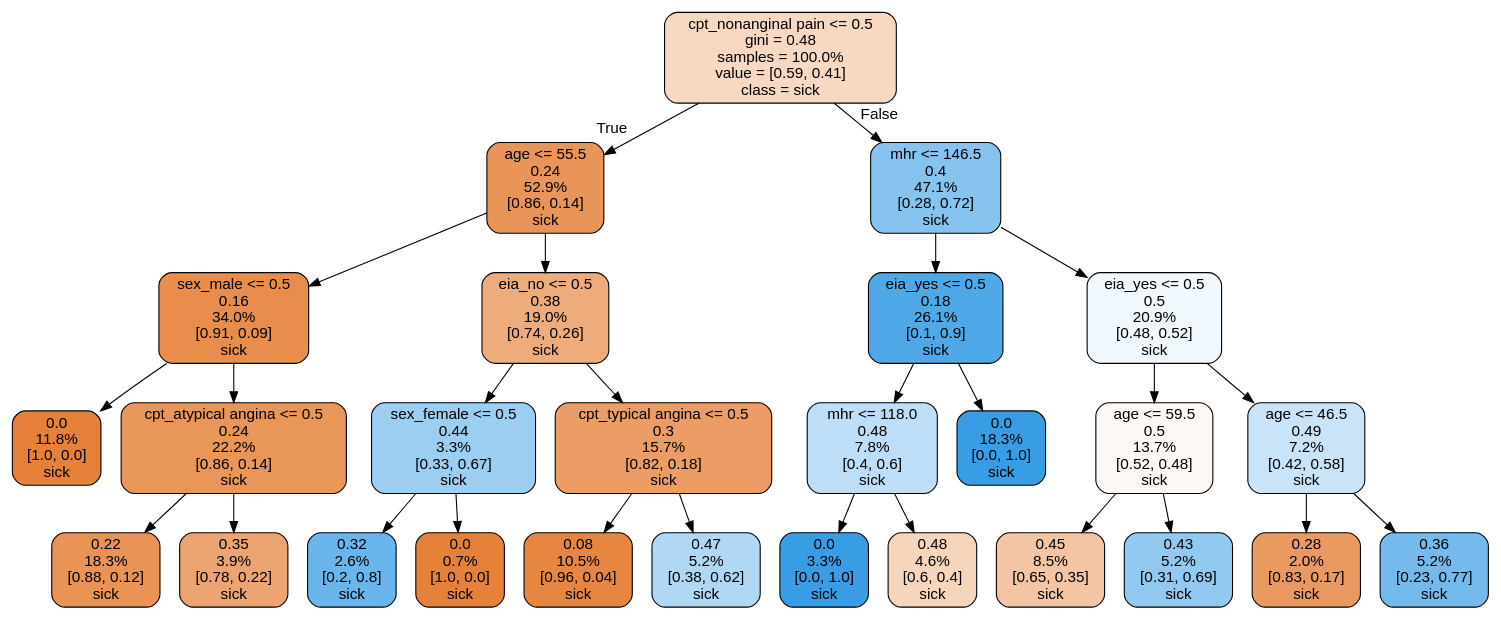
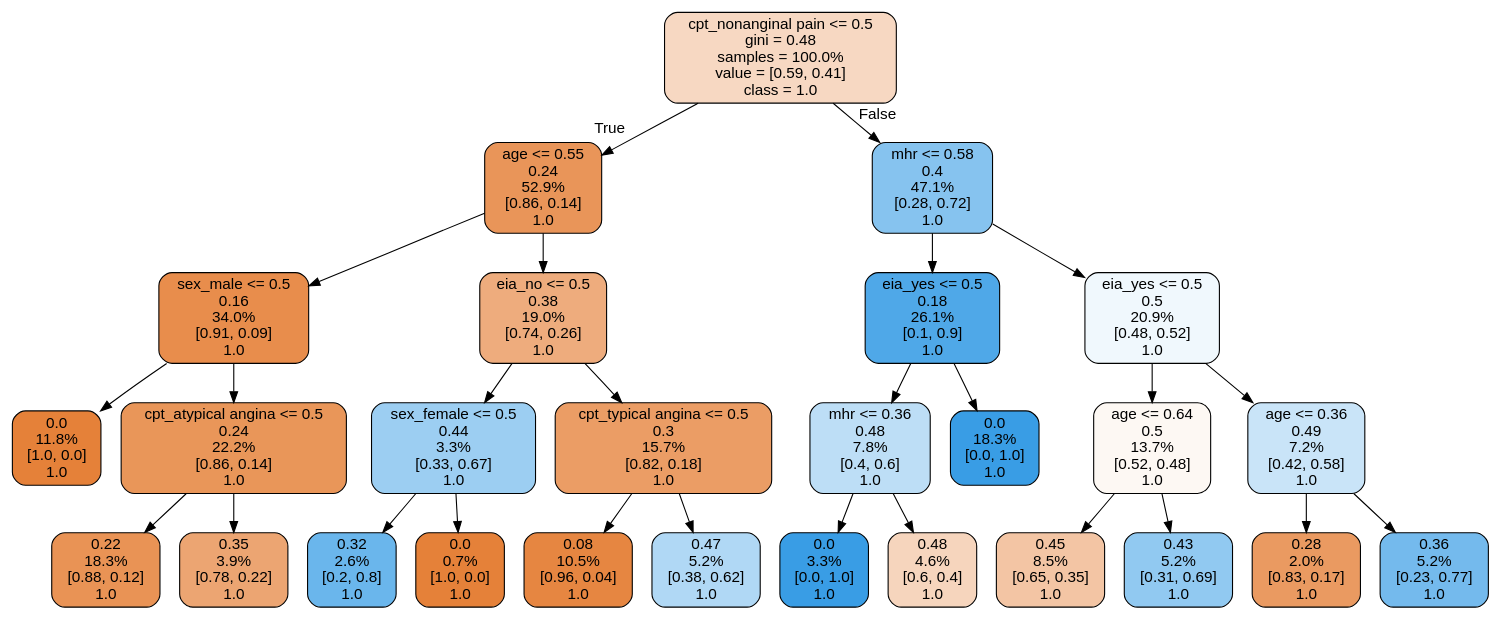
The diagram in dot/random_forest_tree.dot (ma6068/SU), drawn with Graphviz before and after one commit. The commit also changed 65 other files, not shown here.

```diff
--- a/dot/random_forest_tree.dot
+++ b/dot/random_forest_tree.dot
@@ -1,57 +1,57 @@
 digraph Tree {
 node [shape=box, style="filled, rounded", color="black", fontname="helvetica"] ;
 edge [fontname="helvetica"] ;
-0 [label="cpt_nonanginal pain <= 0.5\ngini = 0.48\nsamples = 100.0%\nvalue = [0.59, 0.41]\nclass = sick", fillcolor="#f7d8c2"] ;
-1 [label="age <= 55.5\n0.24\n52.9%\n[0.86, 0.14]\nsick", fillcolor="#e99559"] ;
+0 [label="cpt_nonanginal pain <= 0.5\ngini = 0.48\nsamples = 100.0%\nvalue = [0.59, 0.41]\nclass = 1.0", fillcolor="#f7d8c2"] ;
+1 [label="age <= 0.55\n0.24\n52.9%\n[0.86, 0.14]\n1.0", fillcolor="#e99559"] ;
 0 -> 1 [labeldistance=2.5, labelangle=45, headlabel="True"] ;
-2 [label="sex_male <= 0.5\n0.16\n34.0%\n[0.91, 0.09]\nsick", fillcolor="#e88d4c"] ;
+2 [label="sex_male <= 0.5\n0.16\n34.0%\n[0.91, 0.09]\n1.0", fillcolor="#e88d4c"] ;
 1 -> 2 ;
-3 [label="0.0\n11.8%\n[1.0, 0.0]\nsick", fillcolor="#e58139"] ;
+3 [label="0.0\n11.8%\n[1.0, 0.0]\n1.0", fillcolor="#e58139"] ;
 2 -> 3 ;
-4 [label="cpt_atypical angina <= 0.5\n0.24\n22.2%\n[0.86, 0.14]\nsick", fillcolor="#e99659"] ;
+4 [label="cpt_atypical angina <= 0.5\n0.24\n22.2%\n[0.86, 0.14]\n1.0", fillcolor="#e99659"] ;
 2 -> 4 ;
-5 [label="0.22\n18.3%\n[0.88, 0.12]\nsick", fillcolor="#e99355"] ;
+5 [label="0.22\n18.3%\n[0.88, 0.12]\n1.0", fillcolor="#e99355"] ;
 4 -> 5 ;
-6 [label="0.35\n3.9%\n[0.78, 0.22]\nsick", fillcolor="#eca572"] ;
+6 [label="0.35\n3.9%\n[0.78, 0.22]\n1.0", fillcolor="#eca572"] ;
 4 -> 6 ;
-7 [label="eia_no <= 0.5\n0.38\n19.0%\n[0.74, 0.26]\nsick", fillcolor="#eeac7d"] ;
+7 [label="eia_no <= 0.5\n0.38\n19.0%\n[0.74, 0.26]\n1.0", fillcolor="#eeac7d"] ;
 1 -> 7 ;
-8 [label="sex_female <= 0.5\n0.44\n3.3%\n[0.33, 0.67]\nsick", fillcolor="#9ccef2"] ;
+8 [label="sex_female <= 0.5\n0.44\n3.3%\n[0.33, 0.67]\n1.0", fillcolor="#9ccef2"] ;
 7 -> 8 ;
-9 [label="0.32\n2.6%\n[0.2, 0.8]\nsick", fillcolor="#6ab6ec"] ;
+9 [label="0.32\n2.6%\n[0.2, 0.8]\n1.0", fillcolor="#6ab6ec"] ;
 8 -> 9 ;
-10 [label="0.0\n0.7%\n[1.0, 0.0]\nsick", fillcolor="#e58139"] ;
+10 [label="0.0\n0.7%\n[1.0, 0.0]\n1.0", fillcolor="#e58139"] ;
 8 -> 10 ;
-11 [label="cpt_typical angina <= 0.5\n0.3\n15.7%\n[0.82, 0.18]\nsick", fillcolor="#eb9d65"] ;
+11 [label="cpt_typical angina <= 0.5\n0.3\n15.7%\n[0.82, 0.18]\n1.0", fillcolor="#eb9d65"] ;
 7 -> 11 ;
-12 [label="0.08\n10.5%\n[0.96, 0.04]\nsick", fillcolor="#e68641"] ;
+12 [label="0.08\n10.5%\n[0.96, 0.04]\n1.0", fillcolor="#e68641"] ;
 11 -> 12 ;
-13 [label="0.47\n5.2%\n[0.38, 0.62]\nsick", fillcolor="#b0d8f5"] ;
+13 [label="0.47\n5.2%\n[0.38, 0.62]\n1.0", fillcolor="#b0d8f5"] ;
 11 -> 13 ;
-14 [label="mhr <= 146.5\n0.4\n47.1%\n[0.28, 0.72]\nsick", fillcolor="#86c3ef"] ;
+14 [label="mhr <= 0.58\n0.4\n47.1%\n[0.28, 0.72]\n1.0", fillcolor="#86c3ef"] ;
 0 -> 14 [labeldistance=2.5, labelangle=-45, headlabel="False"] ;
-15 [label="eia_yes <= 0.5\n0.18\n26.1%\n[0.1, 0.9]\nsick", fillcolor="#4fa8e8"] ;
+15 [label="eia_yes <= 0.5\n0.18\n26.1%\n[0.1, 0.9]\n1.0", fillcolor="#4fa8e8"] ;
 14 -> 15 ;
-16 [label="mhr <= 118.0\n0.48\n7.8%\n[0.4, 0.6]\nsick", fillcolor="#bddef6"] ;
+16 [label="mhr <= 0.36\n0.48\n7.8%\n[0.4, 0.6]\n1.0", fillcolor="#bddef6"] ;
 15 -> 16 ;
-17 [label="0.0\n3.3%\n[0.0, 1.0]\nsick", fillcolor="#399de5"] ;
+17 [label="0.0\n3.3%\n[0.0, 1.0]\n1.0", fillcolor="#399de5"] ;
 16 -> 17 ;
-18 [label="0.48\n4.6%\n[0.6, 0.4]\nsick", fillcolor="#f6d5bd"] ;
+18 [label="0.48\n4.6%\n[0.6, 0.4]\n1.0", fillcolor="#f6d5bd"] ;
 16 -> 18 ;
-19 [label="0.0\n18.3%\n[0.0, 1.0]\nsick", fillcolor="#399de5"] ;
+19 [label="0.0\n18.3%\n[0.0, 1.0]\n1.0", fillcolor="#399de5"] ;
 15 -> 19 ;
-20 [label="eia_yes <= 0.5\n0.5\n20.9%\n[0.48, 0.52]\nsick", fillcolor="#f0f8fd"] ;
+20 [label="eia_yes <= 0.5\n0.5\n20.9%\n[0.48, 0.52]\n1.0", fillcolor="#f0f8fd"] ;
 14 -> 20 ;
-21 [label="age <= 59.5\n0.5\n13.7%\n[0.52, 0.48]\nsick", fillcolor="#fdf8f3"] ;
+21 [label="age <= 0.64\n0.5\n13.7%\n[0.52, 0.48]\n1.0", fillcolor="#fdf8f3"] ;
 20 -> 21 ;
-22 [label="0.45\n8.5%\n[0.65, 0.35]\nsick", fillcolor="#f3c5a4"] ;
+22 [label="0.45\n8.5%\n[0.65, 0.35]\n1.0", fillcolor="#f3c5a4"] ;
 21 -> 22 ;
-23 [label="0.43\n5.2%\n[0.31, 0.69]\nsick", fillcolor="#91c9f1"] ;
+23 [label="0.43\n5.2%\n[0.31, 0.69]\n1.0", fillcolor="#91c9f1"] ;
 21 -> 23 ;
-24 [label="age <= 46.5\n0.49\n7.2%\n[0.42, 0.58]\nsick", fillcolor="#c9e4f8"] ;
+24 [label="age <= 0.36\n0.49\n7.2%\n[0.42, 0.58]\n1.0", fillcolor="#c9e4f8"] ;
 20 -> 24 ;
-25 [label="0.28\n2.0%\n[0.83, 0.17]\nsick", fillcolor="#ea9a61"] ;
+25 [label="0.28\n2.0%\n[0.83, 0.17]\n1.0", fillcolor="#ea9a61"] ;
 24 -> 25 ;
-26 [label="0.36\n5.2%\n[0.23, 0.77]\nsick", fillcolor="#74baed"] ;
+26 [label="0.36\n5.2%\n[0.23, 0.77]\n1.0", fillcolor="#74baed"] ;
 24 -> 26 ;
 }
```
